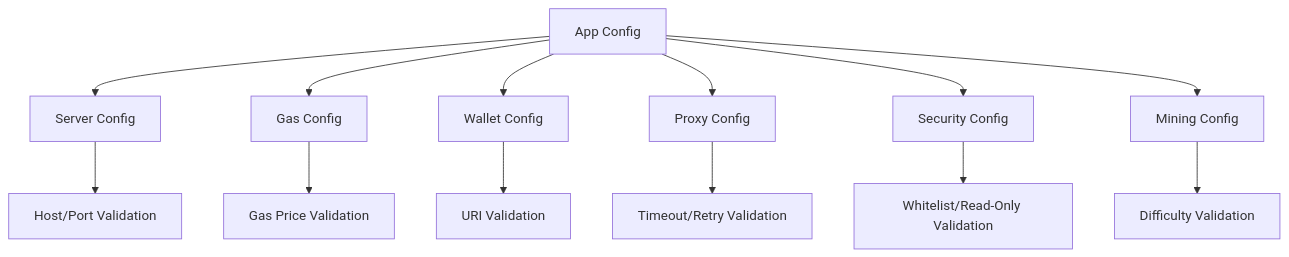
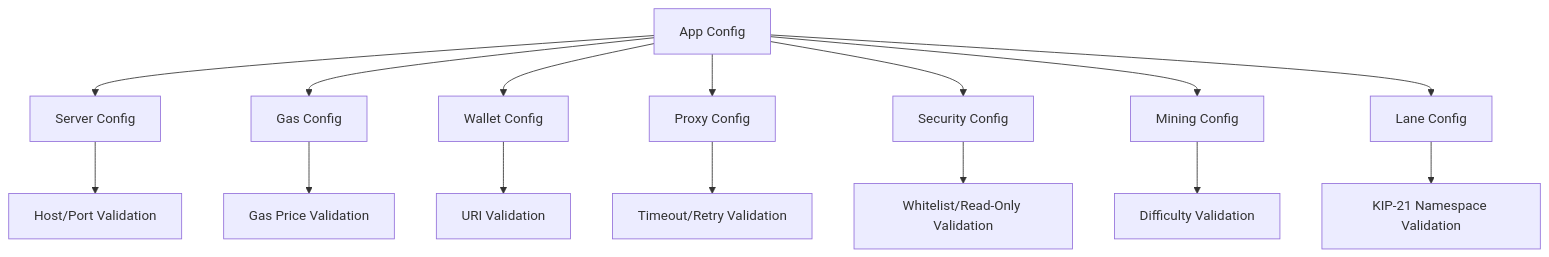
Before and after one commit to IgraLabs/igra-rpc-provider: the fourth of 5 diagrams in doc/architecture.md, drawn with Mermaid. The commit also changed other lines of this file and 17 other files, not shown here.

First line of the commit message:
[ENG-1075] feat(rpc): enforce KIP-21 IGRA lane on post-Toccata submissions

````diff
--- a/doc/architecture.md
+++ b/doc/architecture.md
@@ -175,16 +177,18 @@
 ```mermaid
 graph TB
     AppConfig[App Config] --> ServerConfig[Server Config]
     AppConfig --> GasConfig[Gas Config]
     AppConfig --> WalletConfig[Wallet Config]
     AppConfig --> ProxyConfig[Proxy Config]
     AppConfig --> SecurityConfig[Security Config]
     AppConfig --> MiningConfig[Mining Config]
-    
+    AppConfig --> LaneConfig[Lane Config]
+
     ServerConfig --> ServerValidation[Host/Port Validation]
     GasConfig --> GasValidation[Gas Price Validation]
     WalletConfig --> WalletValidation[URI Validation]
     ProxyConfig --> ProxyValidation[Timeout/Retry Validation]
     SecurityConfig --> SecurityValidation[Whitelist/Read-Only Validation]
     MiningConfig --> MiningValidation[Difficulty Validation]
+    LaneConfig --> LaneValidation[KIP-21 Namespace Validation]
 ```
````
